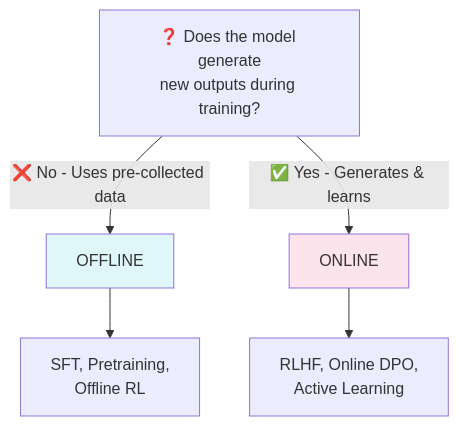
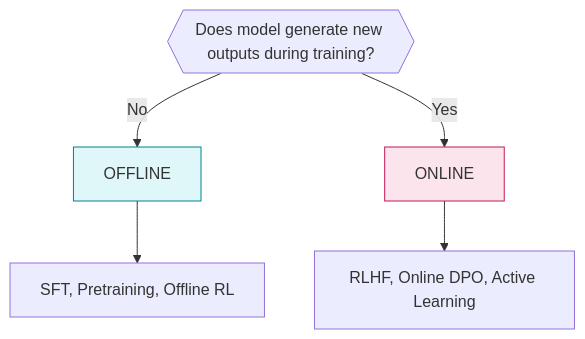
Before and after one commit to niharpalem/Simplifiy_Ai: the second of 6 diagrams in Learning/Online_vs_offline.md, drawn with Mermaid. The commit also changed other lines of this file, not shown here.

````diff
--- a/Learning/Online_vs_offline.md
+++ b/Learning/Online_vs_offline.md
@@ -46,13 +46,13 @@
 ```mermaid
 flowchart TD
-    Q["❓ Does the model generate<br/>new outputs during training?"]
+    Q{{"Does model generate new outputs during training?"}}
     
-    Q -->|"❌ No - Uses pre-collected data"| OFF[OFFLINE]
-    Q -->|"✅ Yes - Generates & learns"| ON[ONLINE]
+    Q -->|No| OFF["OFFLINE"]
+    Q -->|Yes| ON["ONLINE"]
     
-    OFF --> OFF_EX["SFT, Pretraining,<br/>Offline RL"]
-    ON --> ON_EX["RLHF, Online DPO,<br/>Active Learning"]
+    OFF --> OFF_EX["SFT, Pretraining, Offline RL"]
+    ON --> ON_EX["RLHF, Online DPO, Active Learning"]
     
-    style OFF fill:#e0f7fa
-    style ON fill:#fce4ec
+    style OFF fill:#e0f7fa,stroke:#00838f
+    style ON fill:#fce4ec,stroke:#c2185b
 ```
````
